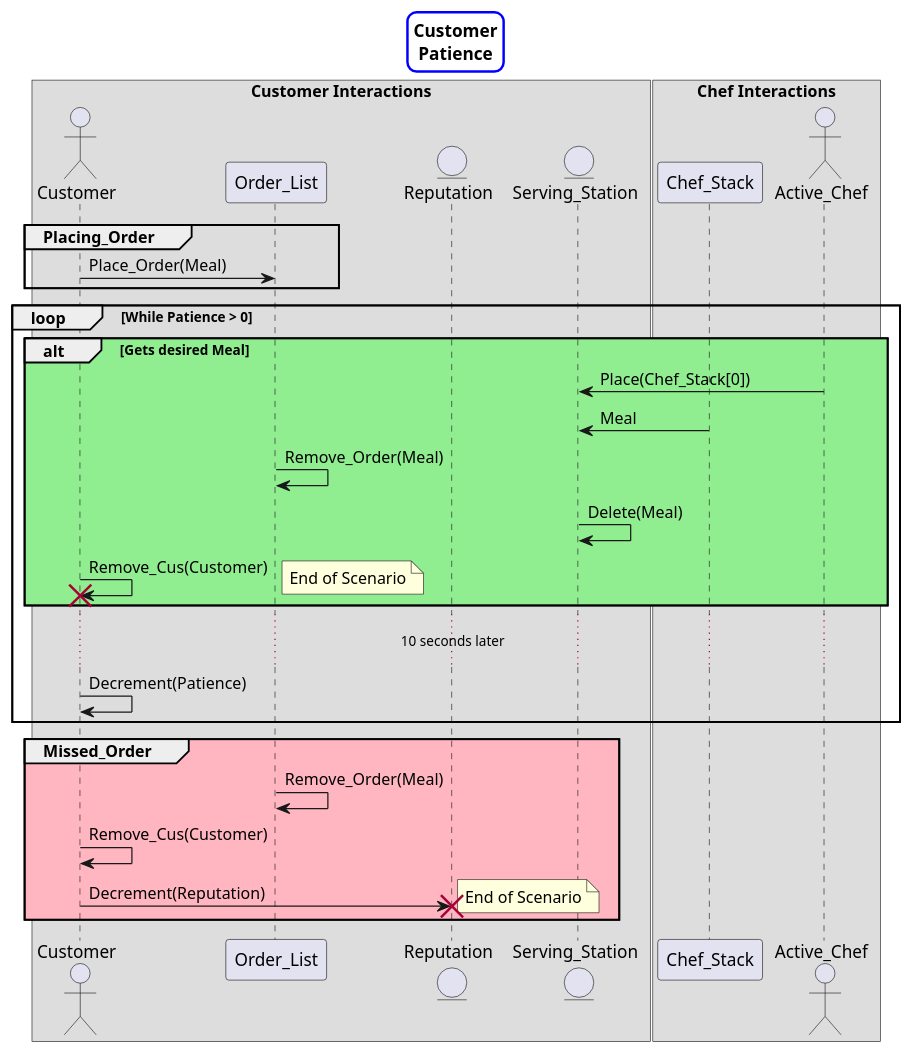
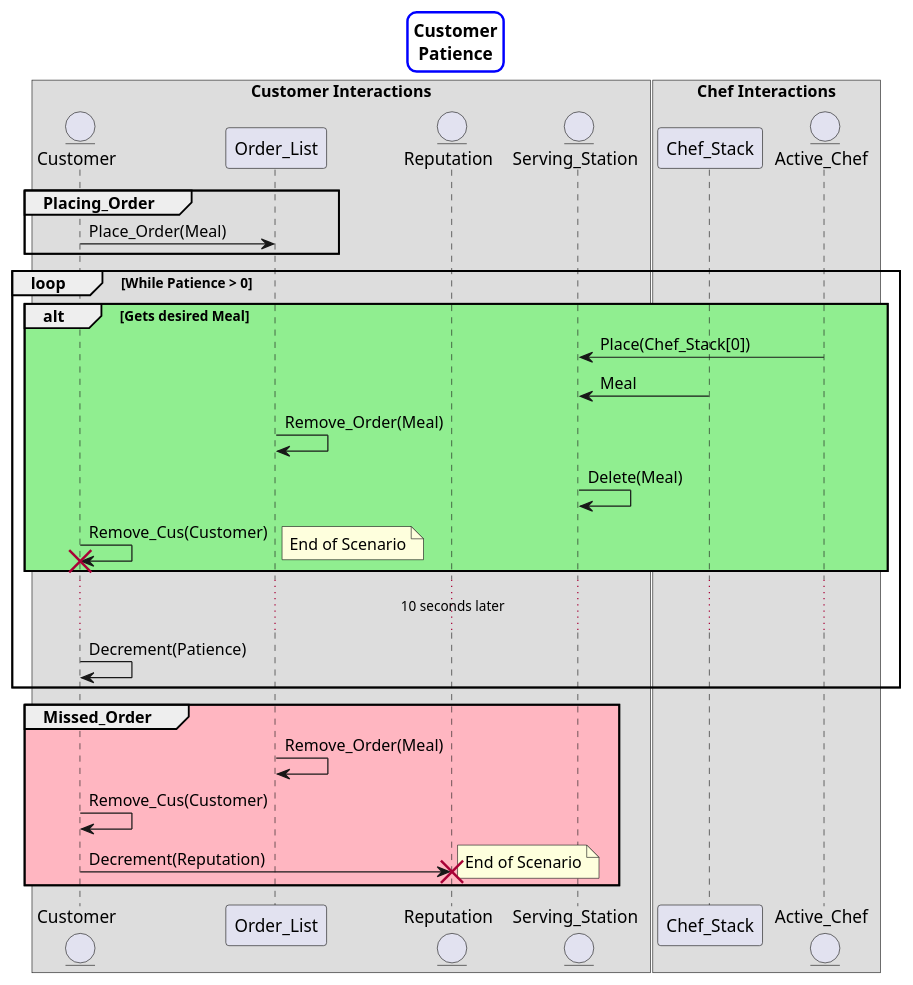
The diagram in A2/A2 Architecture/Sequence Diagrams/Customer_Patience.puml (Runtime-Terrors-Team-5/-A2-UML), drawn with PlantUML before and after one commit. The commit also changed 23 other files, not shown here.

First line of the commit message:
Altered and Exported A2 UML

```diff
--- a/A2/A2 Architecture/Sequence Diagrams/Customer_Patience.puml
+++ b/A2/A2 Architecture/Sequence Diagrams/Customer_Patience.puml
@@ -3,43 +3,43 @@
 @startuml
 skinparam titleBorderRoundCorner 15
 skinparam titleBorderThickness 2
 skinparam titleBorderColor blue
 title Customer\nPatience
 
 box Customer Interactions
-actor Customer as Cust
+entity Customer as Cust
 participant Order_List as Order
 entity Reputation as Rep
 entity Serving_Station as Serve
 box Chef Interactions
 participant Chef_Stack as Inventory
-actor Active_Chef as Chef
+entity Active_Chef as Chef
 end box
 ' Customer Placing order
 group Placing_Order
     Cust -> Order : Place_Order(Meal)
 end
 
 ' Customer waiting / being served
 loop While Patience > 0
     alt #LightGreen Gets desired Meal
         Serve <- Chef : Place(Chef_Stack[0])
         Serve <- Inventory : Meal
         Order -> Order : Remove_Order(Meal)
         Serve -> Serve : Delete(Meal)
         Cust -> Cust !! : Remove_Cus(Customer)
         note right : End of Scenario
     end
 ' Patience loop decrements, until hits zero
     ... 10 seconds later ...
     Cust -> Cust : Decrement(Patience)
 end
 
 ' Failed to be served
 group #LightPink Missed_Order
     Order -> Order : Remove_Order(Meal)
     Cust -> Cust : Remove_Cus(Customer)
     Cust -> Rep !! : Decrement(Reputation)
     note right: End of Scenario
 end
 @enduml
```
